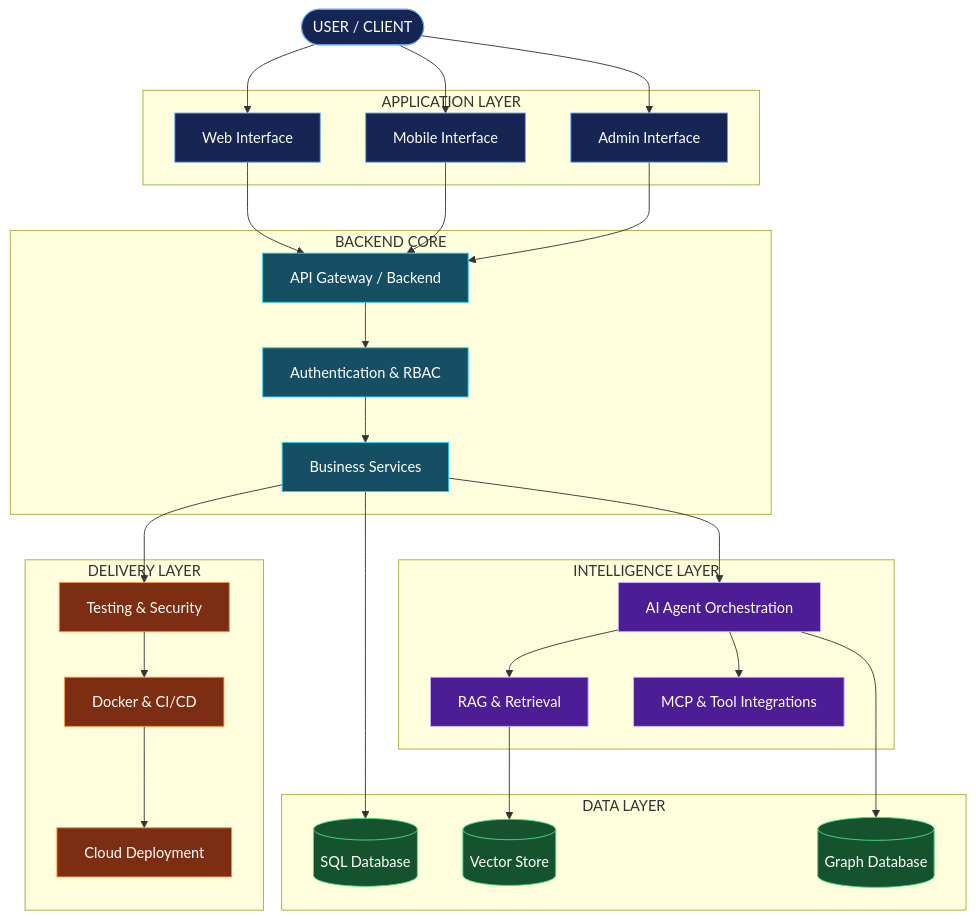
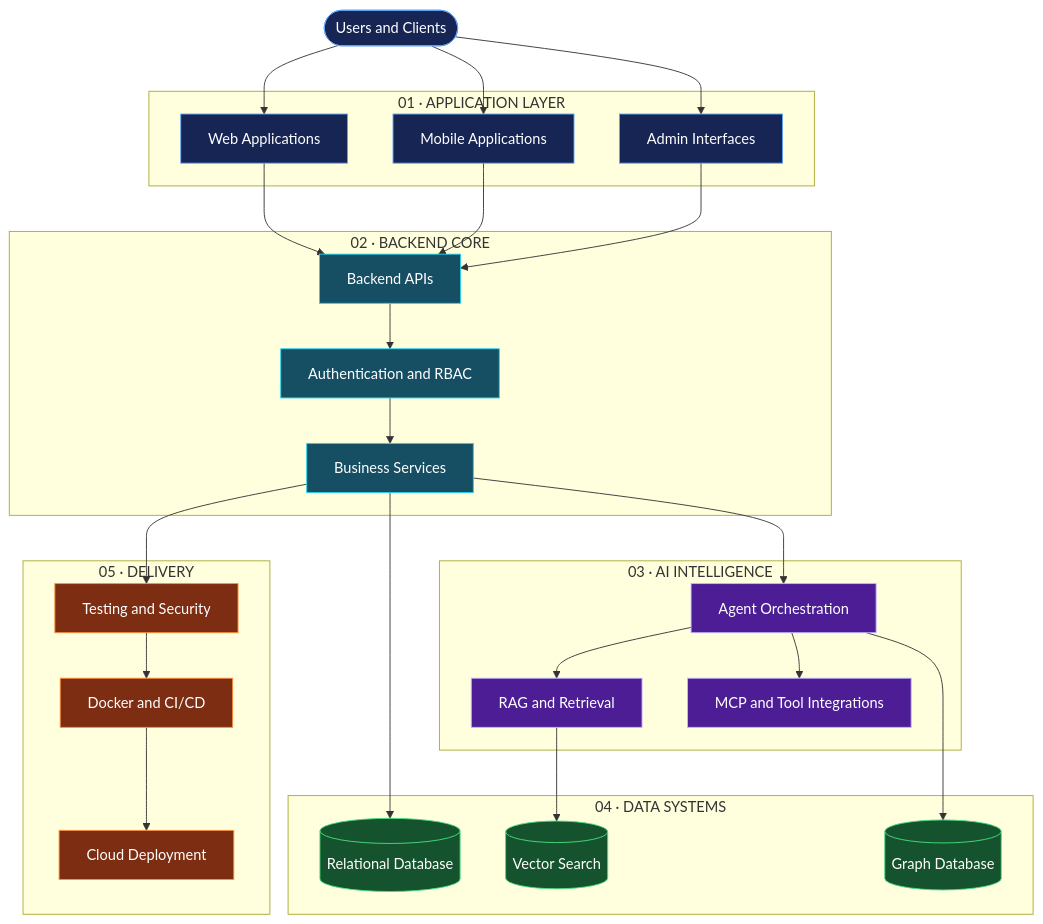
Before and after one commit to Aravindan-001/Aravindan-001: the first of 3 diagrams in README.md, drawn with Mermaid. The commit also changed other lines of this file, not shown here.

````diff
--- a/README.md
+++ b/README.md
@@ -122,66 +154,70 @@
 ```mermaid
 flowchart TB
-    USER(["USER / CLIENT"])
+    USER([Users and Clients])
 
-    subgraph APP["APPLICATION LAYER"]
-        WEB["Web Interface"]
-        MOBILE["Mobile Interface"]
-        ADMIN["Admin Interface"]
+    subgraph APPLICATION["01 · APPLICATION LAYER"]
+        WEB[Web Applications]
+        MOBILE[Mobile Applications]
+        ADMIN[Admin Interfaces]
     end
 
-    subgraph CORE["BACKEND CORE"]
-        API["API Gateway / Backend"]
-        AUTH["Authentication & RBAC"]
-        SERVICE["Business Services"]
+    subgraph BACKEND["02 · BACKEND CORE"]
+        API[Backend APIs]
+        AUTH[Authentication and RBAC]
+        SERVICES[Business Services]
     end
 
-    subgraph AI["INTELLIGENCE LAYER"]
-        AGENT["AI Agent Orchestration"]
-        RAG["RAG & Retrieval"]
-        TOOLS["MCP & Tool Integrations"]
+    subgraph INTELLIGENCE["03 · AI INTELLIGENCE"]
+        AGENT[Agent Orchestration]
+        RAG[RAG and Retrieval]
+        TOOLS[MCP and Tool Integrations]
     end
 
-    subgraph STORE["DATA LAYER"]
-        DB[("SQL Database")]
-        VDB[("Vector Store")]
-        GDB[("Graph Database")]
+    subgraph DATA["04 · DATA SYSTEMS"]
+        SQL[(Relational Database)]
+        VECTOR[(Vector Search)]
+        GRAPH[(Graph Database)]
     end
 
-    subgraph SHIP["DELIVERY LAYER"]
-        QA["Testing & Security"]
-        CICD["Docker & CI/CD"]
-        CLOUD["Cloud Deployment"]
+    subgraph DELIVERY["05 · DELIVERY"]
+        TESTS[Testing and Security]
+        PIPELINE[Docker and CI/CD]
+        CLOUD[Cloud Deployment]
     end
 
     USER --> WEB
     USER --> MOBILE
     USER --> ADMIN
 
     WEB --> API
     MOBILE --> API
     ADMIN --> API
 
-    API --> AUTH --> SERVICE
-    SERVICE --> DB
-    SERVICE --> AGENT
+    API --> AUTH
+    AUTH --> SERVICES
+
+    SERVICES --> SQL
+    SERVICES --> AGENT
 
     AGENT --> RAG
     AGENT --> TOOLS
-    RAG --> VDB
-    AGENT --> GDB
 
-    SERVICE --> QA
-    QA --> CICD --> CLOUD
+    RAG --> VECTOR
+    AGENT --> GRAPH
 
-    classDef app fill:#172554,stroke:#60A5FA,color:#FFFFFF
-    classDef core fill:#164E63,stroke:#22D3EE,color:#FFFFFF
-    classDef ai fill:#4C1D95,stroke:#C4B5FD,color:#FFFFFF
-    classDef data fill:#14532D,stroke:#4ADE80,color:#FFFFFF
-    classDef delivery fill:#7C2D12,stroke:#FB923C,color:#FFFFFF
+    SERVICES --> TESTS
+    TESTS --> PIPELINE
+    PIPELINE --> CLOUD
 
-    class USER,WEB,MOBILE,ADMIN app
-    class API,AUTH,SERVICE core
+    classDef application fill:#172554,stroke:#60A5FA,color:#fff
+    classDef backend fill:#164E63,stroke:#22D3EE,color:#fff
+    classDef ai fill:#4C1D95,stroke:#C4B5FD,color:#fff
+    classDef data fill:#14532D,stroke:#4ADE80,color:#fff
+    classDef delivery fill:#7C2D12,stroke:#FB923C,color:#fff
+
+    class USER,WEB,MOBILE,ADMIN application
+    class API,AUTH,SERVICES backend
     class AGENT,RAG,TOOLS ai
-    class DB,VDB,GDB data
-    class QA,CICD,CLOUD delivery
+    class SQL,VECTOR,GRAPH data
+    class TESTS,PIPELINE,CLOUD delivery
 ```
````
